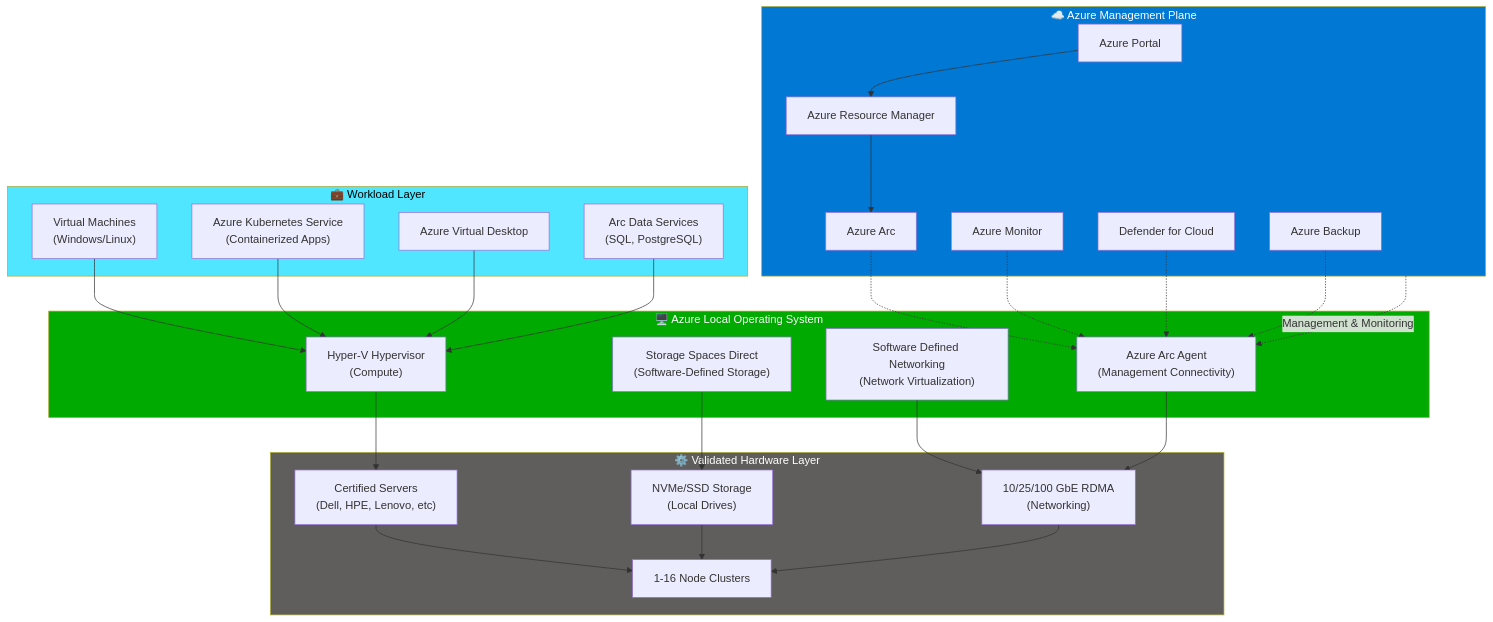
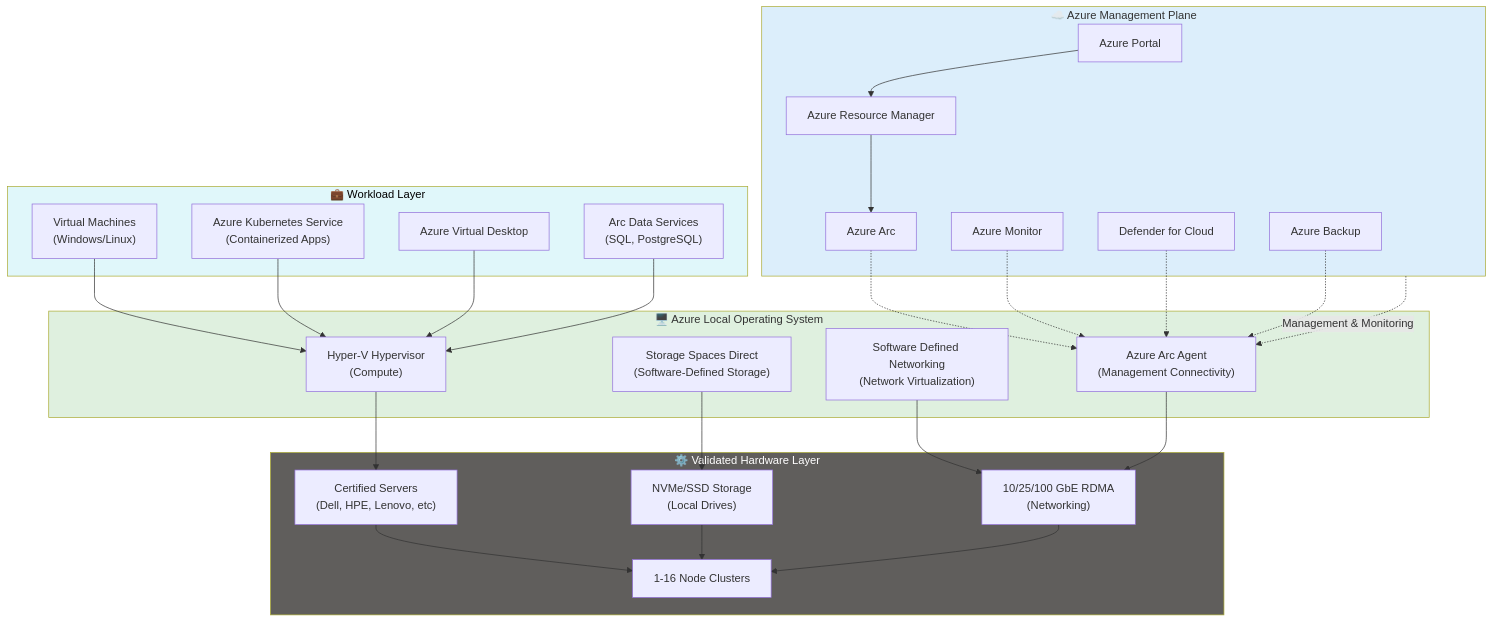
One commit to EmeaAppGbb/AzureHybridContinuumCookBook changed the first of 2 diagrams in docs/02-azure-hybrid-infrastructure/02-azure-local.md. Above: the diagram before and after it, drawn with Mermaid. The commit also changed other lines of this file and 28 other files, not shown here.

First line of the commit message:
Fix Mermaid diagram readability: use light pastel subgraph backgrounds

````diff
--- a/docs/02-azure-hybrid-infrastructure/02-azure-local.md
+++ b/docs/02-azure-hybrid-infrastructure/02-azure-local.md
@@ -67,61 +67,61 @@
 ```mermaid
 graph TB
     subgraph Azure["☁️ Azure Management Plane"]
         Portal["Azure Portal"]
         ARM["Azure Resource Manager"]
         Arc["Azure Arc"]
         Monitor["Azure Monitor"]
         Security["Defender for Cloud"]
         Backup["Azure Backup"]
     end
     
     subgraph Workloads["💼 Workload Layer"]
         VMs["Virtual Machines<br/>(Windows/Linux)"]
         AKS["Azure Kubernetes Service<br/>(Containerized Apps)"]
         AVD["Azure Virtual Desktop"]
         DataServices["Arc Data Services<br/>(SQL, PostgreSQL)"]
     end
     
     subgraph AzureLocal["🖥️ Azure Local Operating System"]
         HyperV["Hyper-V Hypervisor<br/>(Compute)"]
         S2D["Storage Spaces Direct<br/>(Software-Defined Storage)"]
         SDN["Software Defined Networking<br/>(Network Virtualization)"]
         ArcAgent["Azure Arc Agent<br/>(Management Connectivity)"]
     end
     
     subgraph Hardware["⚙️ Validated Hardware Layer"]
         Servers["Certified Servers<br/>(Dell, HPE, Lenovo, etc)"]
         Storage["NVMe/SSD Storage<br/>(Local Drives)"]
         Network["10/25/100 GbE RDMA<br/>(Networking)"]
         Cluster["1-16 Node Clusters"]
     end
     
     Azure -.->|"Management & Monitoring"| ArcAgent
     
     Portal --> ARM
     ARM --> Arc
     Arc -.-> ArcAgent
     
     Monitor -.-> ArcAgent
     Security -.-> ArcAgent
     Backup -.-> ArcAgent
     
     VMs --> HyperV
     AKS --> HyperV
     AVD --> HyperV
     DataServices --> HyperV
     
     HyperV --> Servers
     S2D --> Storage
     SDN --> Network
     ArcAgent --> Network
     
     Servers --> Cluster
     Storage --> Cluster
     Network --> Cluster
     
-    style Azure fill:#0078d4,color:#fff
-    style Workloads fill:#50e6ff,color:#000
-    style AzureLocal fill:#00aa00,color:#fff
+    style Azure fill:#dceefb
+    style Workloads fill:#e0f7fa,color:#000
+    style AzureLocal fill:#dff0df
     style Hardware fill:#605e5c,color:#fff
 ```
````
